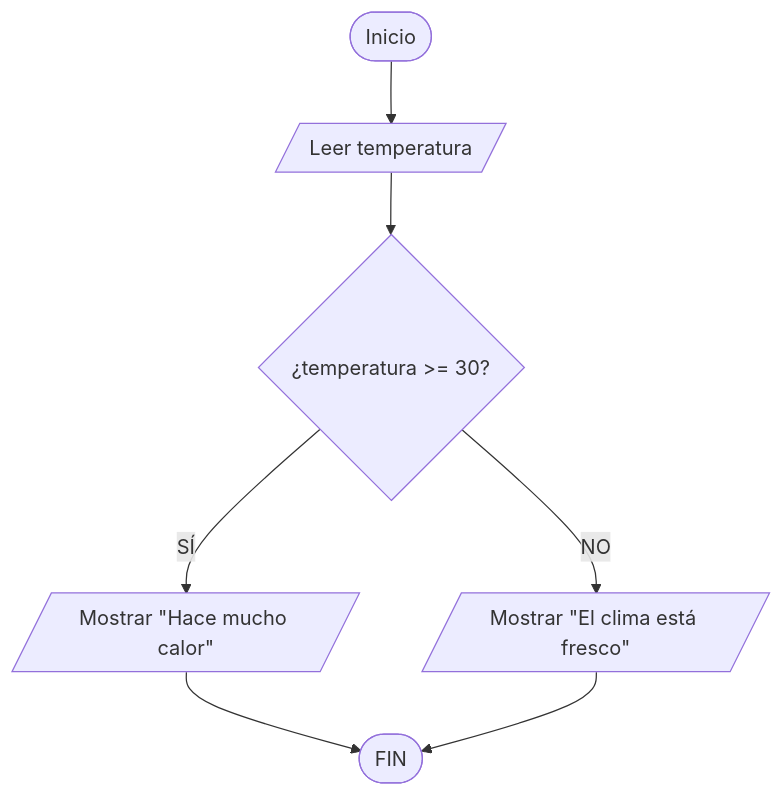
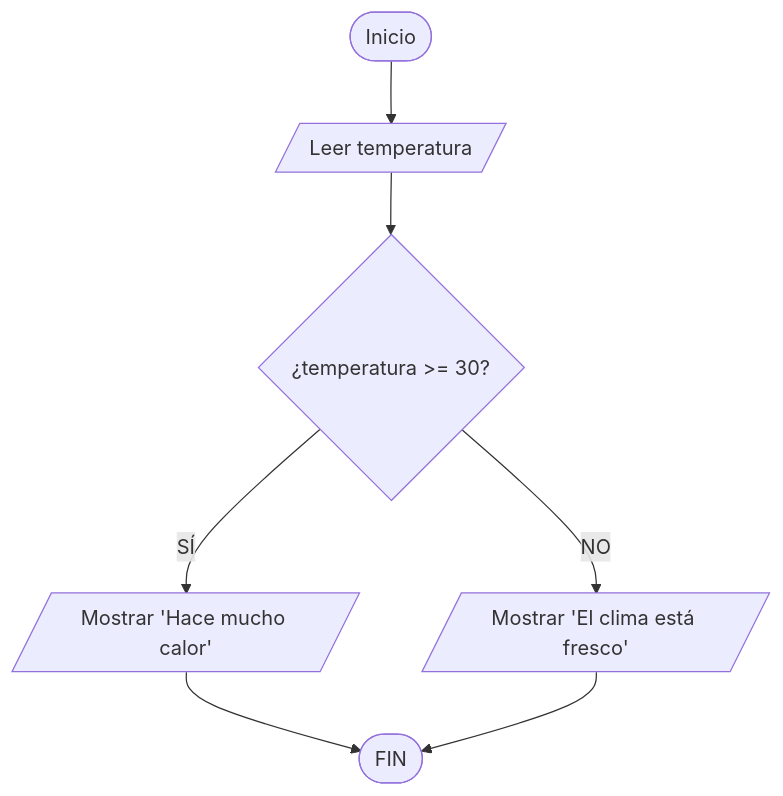
The sixth of 22 diagrams in herramientas_algoritmicas.md (jovanyvelez/decimo), drawn with Mermaid before and after one commit. The commit also changed other lines of this file, not shown here.

````diff
--- a/herramientas_algoritmicas.md
+++ b/herramientas_algoritmicas.md
@@ -609,9 +609,9 @@
 ```mermaid
 graph TD
-    A([Inicio]) --> B[/Leer temperatura/]
-    B --> C{¿temperatura >= 30?}
-    C -- SÍ --> D[/Mostrar "Hace mucho calor"/]
-    C -- NO --> E[/Mostrar "El clima está fresco"/]
+    A([Inicio]) --> B[/"Leer temperatura"/]
+    B --> C{"¿temperatura >= 30?"}
+    C -- SÍ --> D[/"Mostrar 'Hace mucho calor'"/]
+    C -- NO --> E[/"Mostrar 'El clima está fresco'"/]
     D --> F([FIN])
     E --> F
 ```
````
